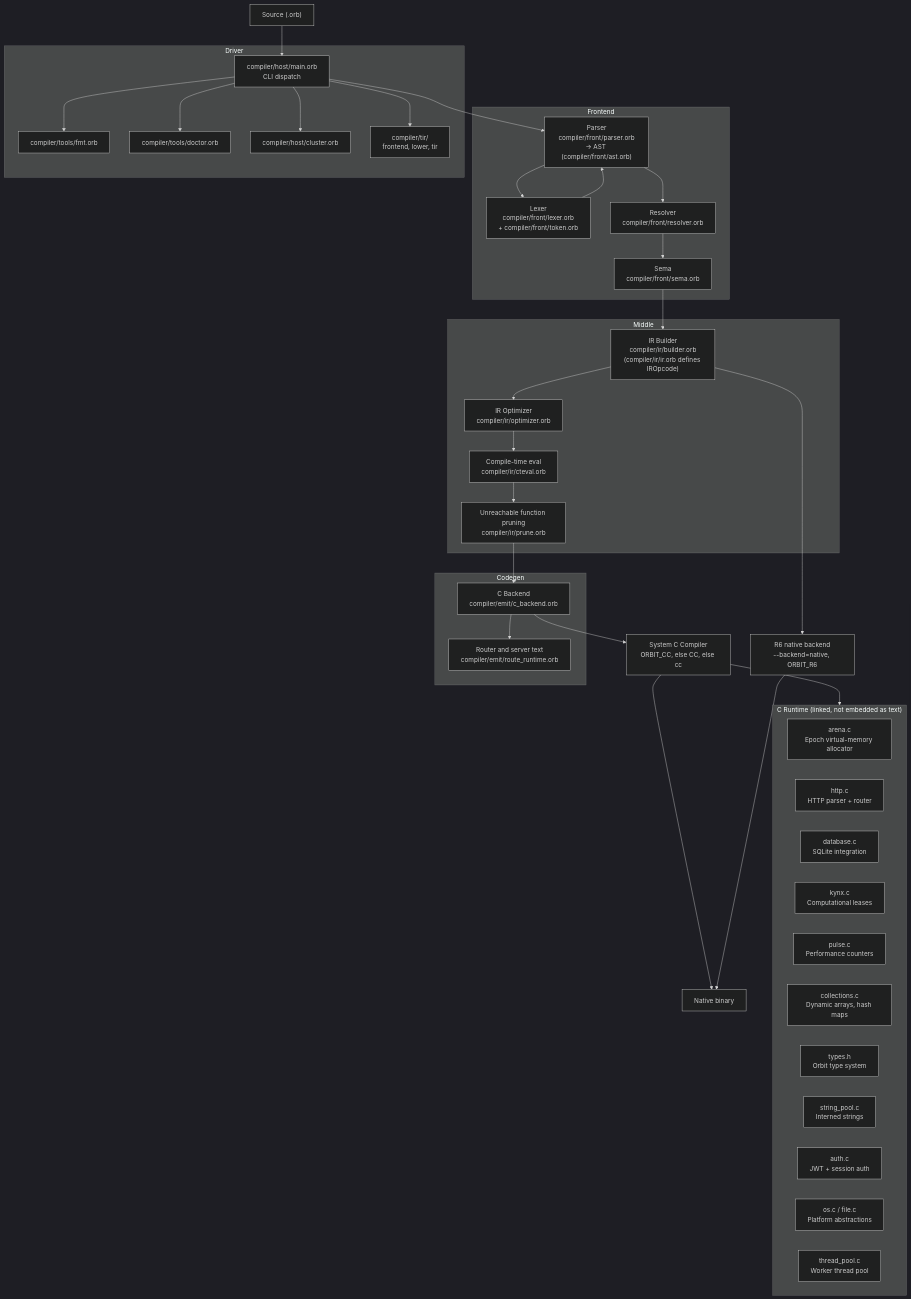
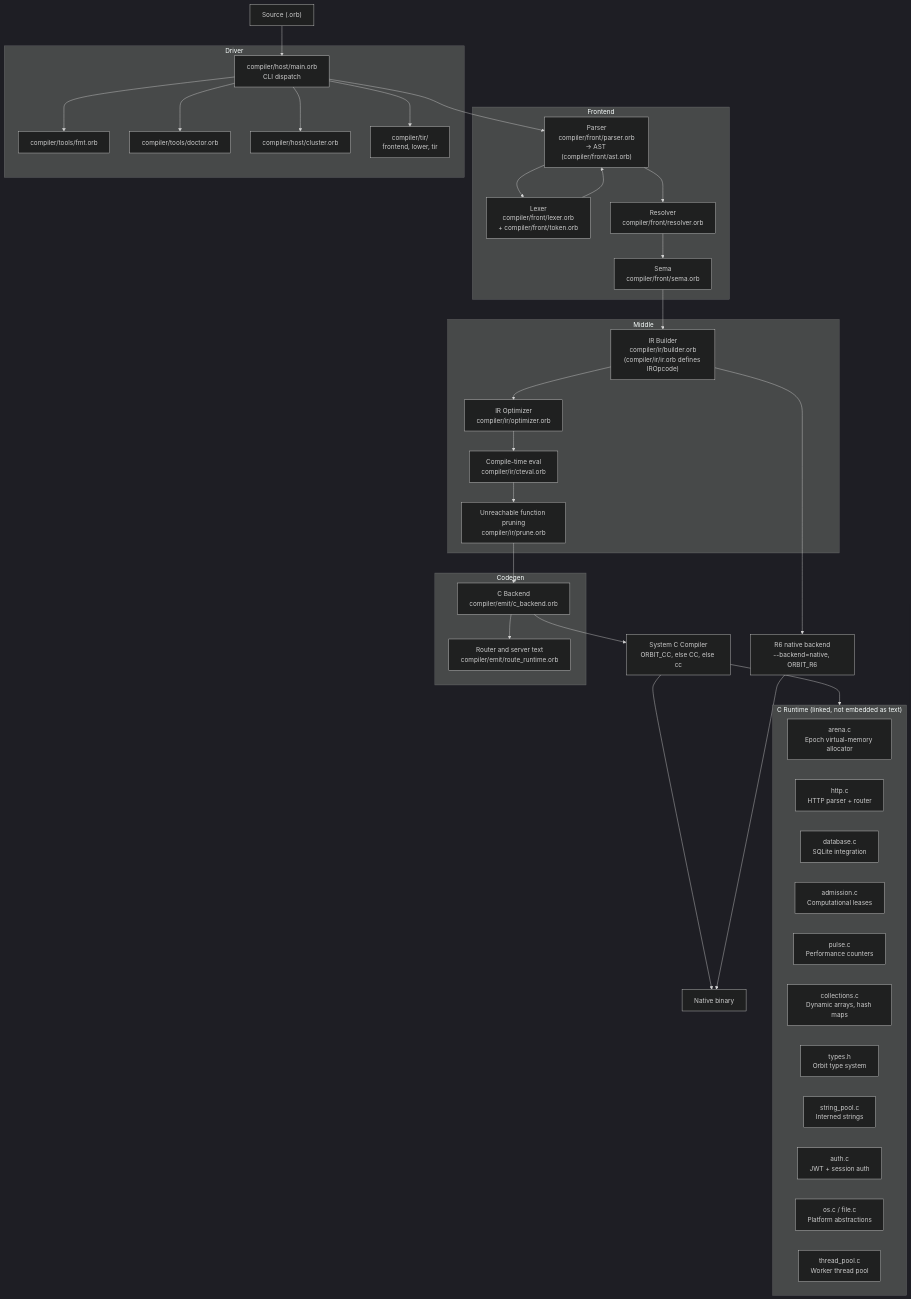
Before and after one commit to joacokhzyx/orbit-lang: the diagram in docs/ARCHITECTURE.md, drawn with Mermaid (dark theme). The commit also changed other lines of this file and 73 other files, not shown here.

````diff
--- a/docs/ARCHITECTURE.md
+++ b/docs/ARCHITECTURE.md
@@ -30,62 +30,62 @@
 ```mermaid
 flowchart TD
     SRC["Source (.orb)"]
 
     subgraph Frontend
         LEX["Lexer\ncompiler/front/lexer.orb\n+ compiler/front/token.orb"]
         PAR["Parser\ncompiler/front/parser.orb\n→ AST (compiler/front/ast.orb)"]
         RES["Resolver\ncompiler/front/resolver.orb"]
         SEM["Sema\ncompiler/front/sema.orb"]
     end
 
     subgraph Middle
         IR["IR Builder\ncompiler/ir/builder.orb\n(compiler/ir/ir.orb defines IROpcode)"]
         OPT["IR Optimizer\ncompiler/ir/optimizer.orb"]
         CTE["Compile-time eval\ncompiler/ir/cteval.orb"]
         PRN["Unreachable function pruning\ncompiler/ir/prune.orb"]
     end
 
     subgraph Codegen
         CBK["C Backend\ncompiler/emit/c_backend.orb"]
         RTM["Router and server text\ncompiler/emit/route_runtime.orb"]
     end
 
     subgraph Runtime["C Runtime (linked, not embedded as text)"]
         ARN["arena.c\nEpoch virtual-memory allocator"]
         HTTP["http.c\nHTTP parser + router"]
         DB["database.c\nSQLite integration"]
-        KYN["kynx.c\nComputational leases"]
+        KYN["admission.c\nComputational leases"]
         PLS["pulse.c\nPerformance counters"]
         COL["collections.c\nDynamic arrays, hash maps"]
         TYP["types.h\nOrbit type system"]
         STR["string_pool.c\nInterned strings"]
         AUTH["auth.c\nJWT + session auth"]
         OS["os.c / file.c\nPlatform abstractions"]
         THR["thread_pool.c\nWorker thread pool"]
     end
 
     subgraph Driver
         MAIN["compiler/host/main.orb\nCLI dispatch"]
         FMT["compiler/tools/fmt.orb"]
         DOC["compiler/tools/doctor.orb"]
         CLU["compiler/host/cluster.orb"]
         FE["compiler/tir/\nfrontend, lower, tir"]
     end
 
     SRC --> MAIN
     MAIN --> PAR
     PAR --> LEX
     LEX --> PAR
     PAR --> RES --> SEM --> IR
     IR --> OPT --> CTE --> PRN --> CBK
     CBK --> RTM
     CBK --> CC["System C Compiler\nORBIT_CC, else CC, else cc"]
     CC --> BIN["Native binary"]
     IR --> R6["R6 native backend\n--backend=native, ORBIT_R6"]
     R6 --> BIN
     CC --> Runtime
     MAIN --> FMT
     MAIN --> DOC
     MAIN --> CLU
     MAIN --> FE
 ```
````
